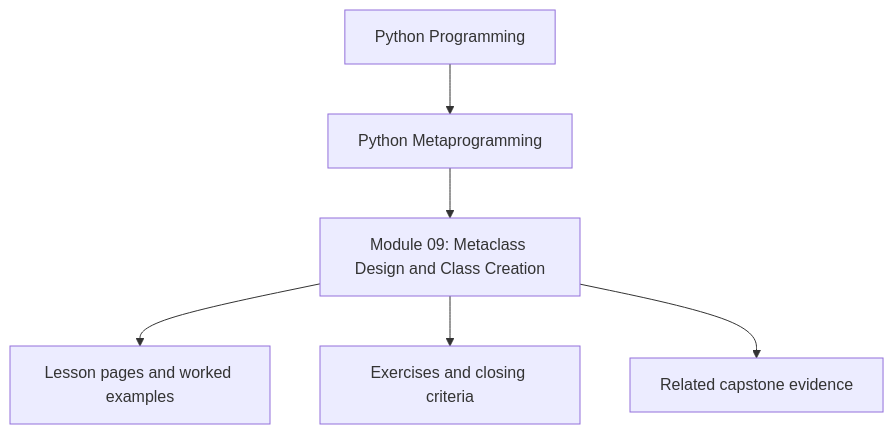
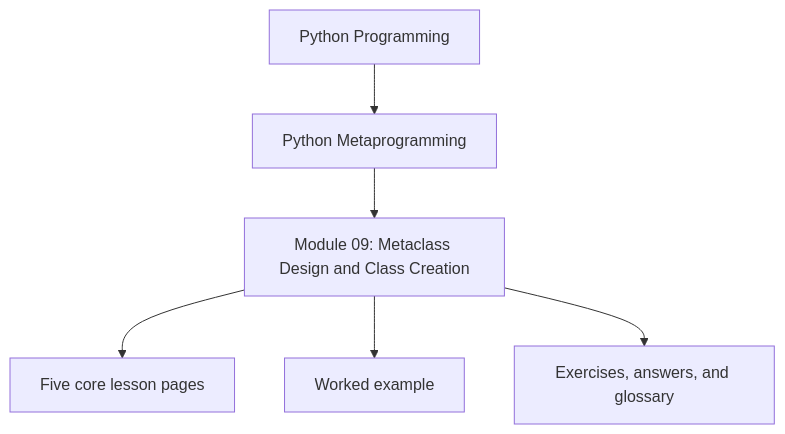
One commit to bijux/bijux-masterclass changed the first of 2 diagrams in programs/python-programming/python-meta-programming/course-book/module-09-metaclass-design-class-creation/index.md. Above: the diagram before and after it, drawn with Mermaid. The commit also changed other lines of this file and 8 other files, not shown here.

````diff
--- a/programs/python-programming/python-meta-programming/course-book/module-09-metaclass-design-class-creation/index.md
+++ b/programs/python-programming/python-meta-programming/course-book/module-09-metaclass-design-class-creation/index.md
@@ -8,8 +6,8 @@
 ```mermaid
 flowchart TD
   family["Python Programming"] --> program["Python Metaprogramming"]
   program --> module["Module 09: Metaclass Design and Class Creation"]
-  module --> lessons["Lesson pages and worked examples"]
-  module --> checkpoints["Exercises and closing criteria"]
-  module --> capstone["Related capstone evidence"]
+  module --> cores["Five core lesson pages"]
+  module --> example["Worked example"]
+  module --> practice["Exercises, answers, and glossary"]
 ```
````
